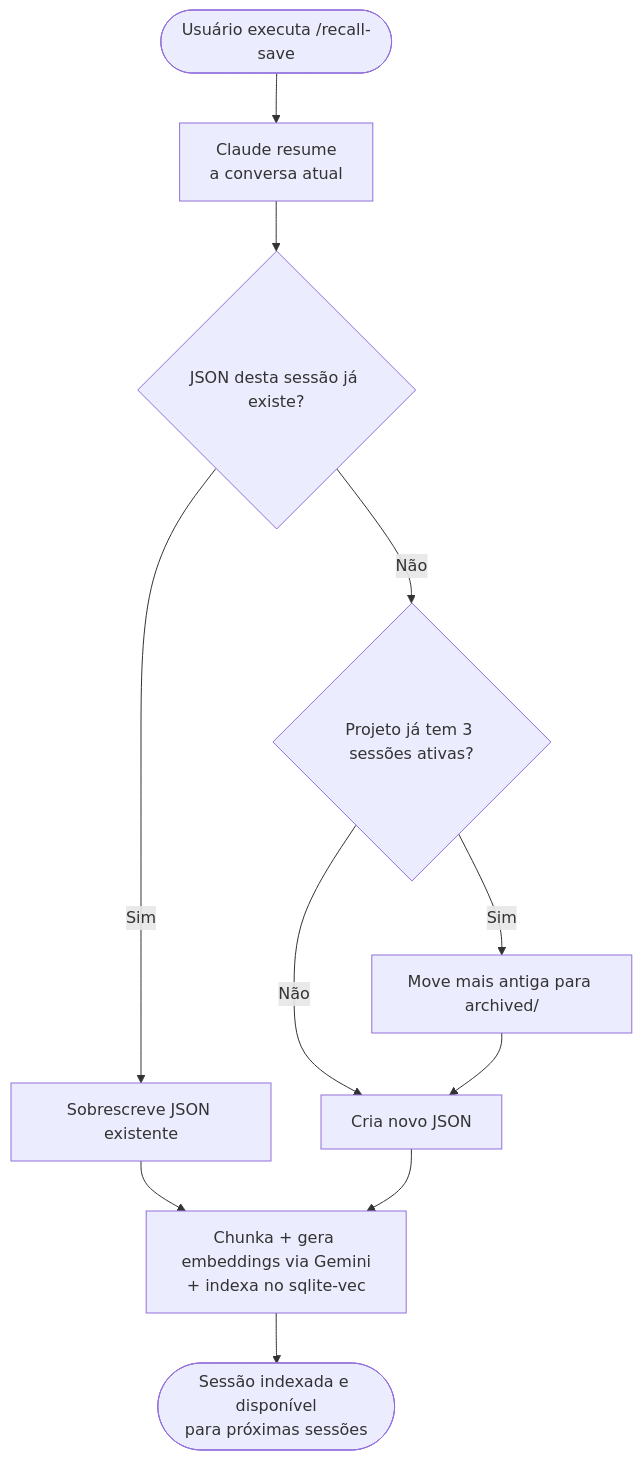
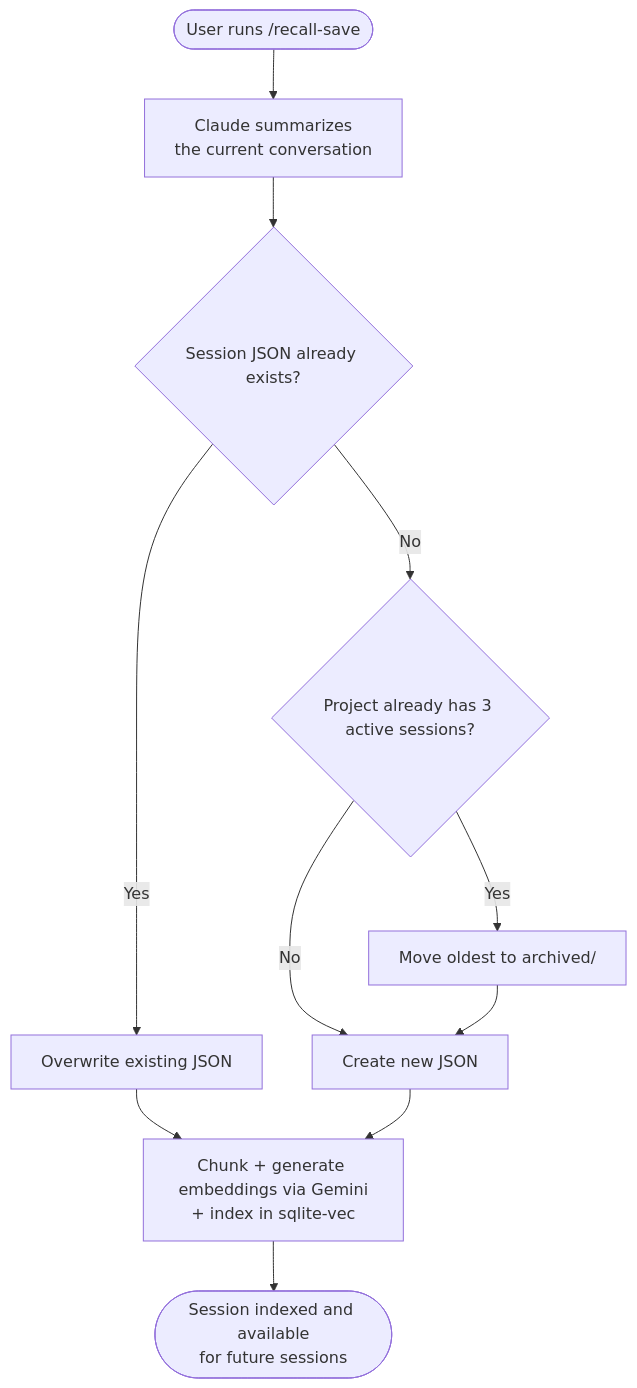
The third of 5 diagrams in FLUXO-ATUAL.md (altvoratech/recall), drawn with Mermaid before and after one commit. The commit also changed other lines of this file and 1 other file, not shown here.

````diff
--- a/FLUXO-ATUAL.md
+++ b/FLUXO-ATUAL.md
@@ -117,13 +142,13 @@
 ```mermaid
 flowchart TD
-    A([Usuário executa /recall-save]) --> B[Claude resume\na conversa atual]
-    B --> C{JSON desta sessão já existe?}
-    C -->|Sim| D[Sobrescreve JSON existente]
-    C -->|Não| E{Projeto já tem 3 sessões ativas?}
-    E -->|Sim| F[Move mais antiga para archived/]
-    E -->|Não| G[Cria novo JSON]
+    A([User runs /recall-save]) --> B[Claude summarizes\nthe current conversation]
+    B --> C{Session JSON already exists?}
+    C -->|Yes| D[Overwrite existing JSON]
+    C -->|No| E{Project already has 3 active sessions?}
+    E -->|Yes| F[Move oldest to archived/]
+    E -->|No| G[Create new JSON]
     F --> G
-    D --> H[Chunka + gera embeddings via Gemini\n+ indexa no sqlite-vec]
+    D --> H[Chunk + generate embeddings via Gemini\n+ index in sqlite-vec]
     G --> H
-    H --> I([Sessão indexada e disponível\npara próximas sessões])
+    H --> I([Session indexed and available\nfor future sessions])
 ```
````
